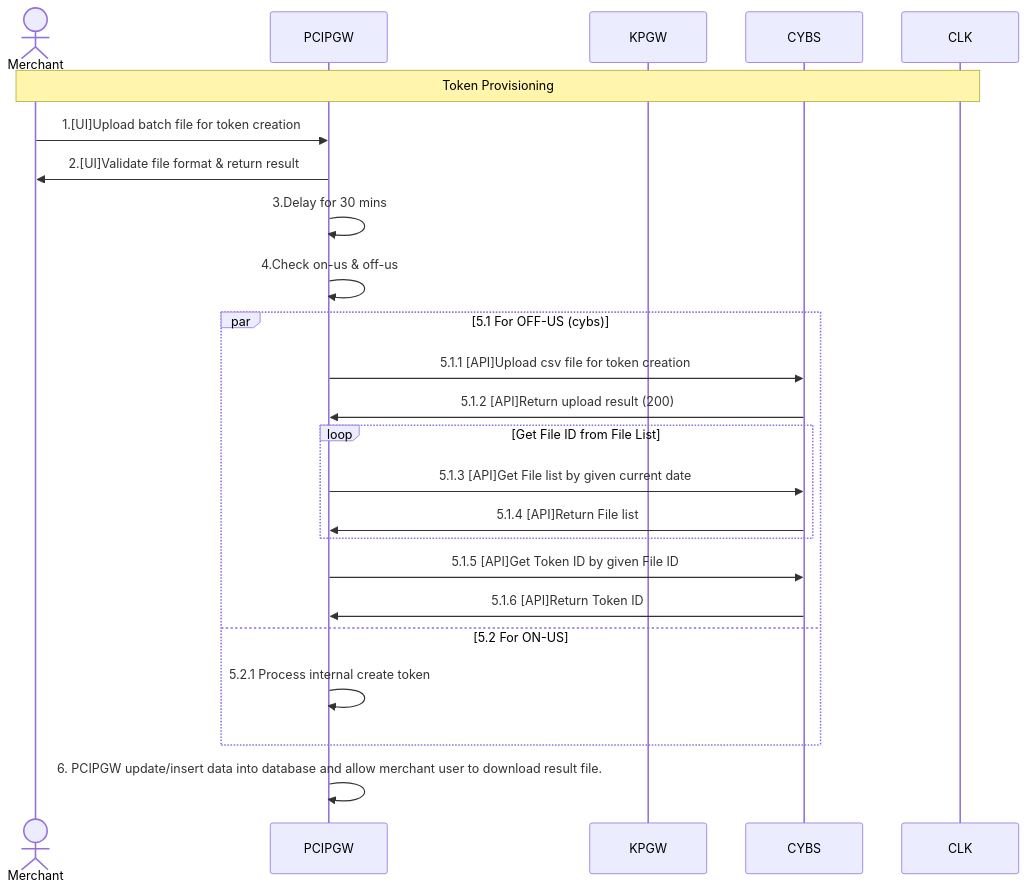
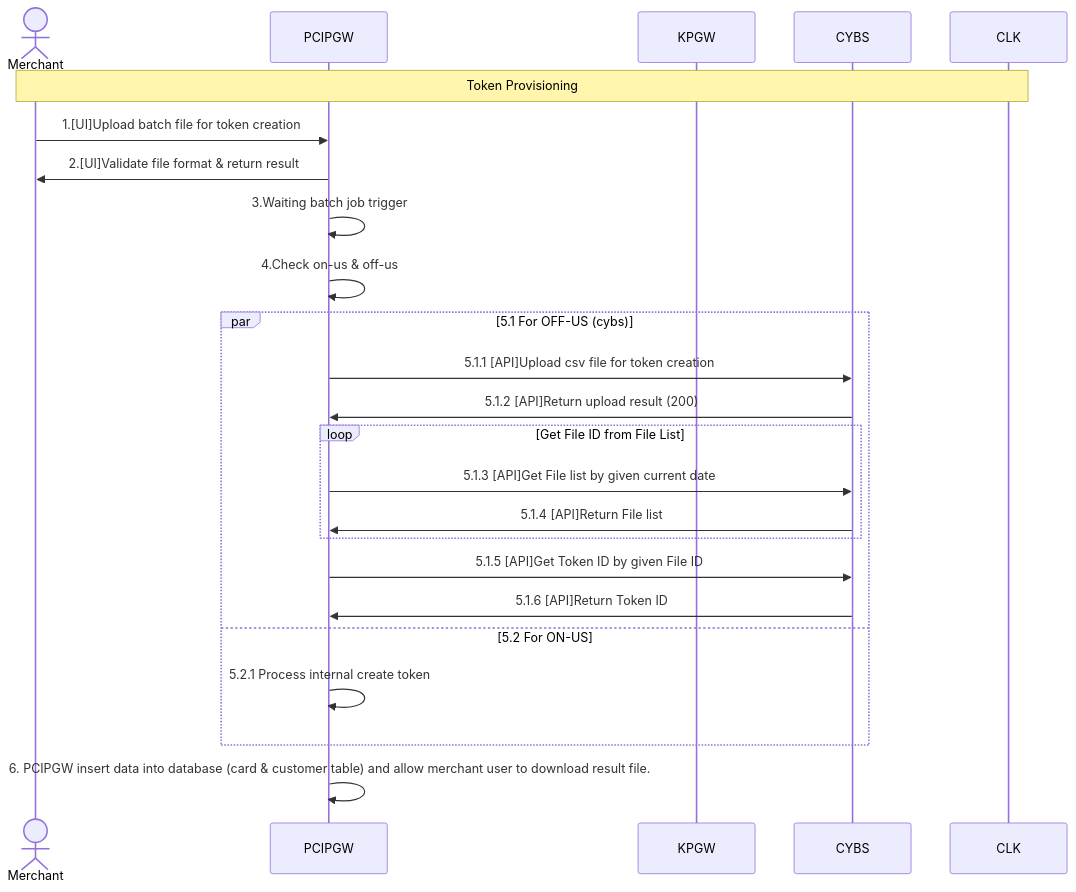
Before and after one commit to yuusuke25/MyNotes: the first of 3 diagrams in RecurringTokenFlow.md, drawn with Mermaid.

````diff
--- a/RecurringTokenFlow.md
+++ b/RecurringTokenFlow.md
@@ -2,26 +2,26 @@
 ```mermaid
     sequenceDiagram
         Actor Merchant
         participant PCIPGW
         participant KPGW
         participant CYBS
         participant CLK
         Note over Merchant,CLK: Token Provisioning
         Merchant->>PCIPGW: 1.[UI]Upload batch file for token creation
         PCIPGW->>Merchant: 2.[UI]Validate file format & return result
-        PCIPGW->>PCIPGW: 3.Delay for 30 mins 
+        PCIPGW->>PCIPGW: 3.Waiting batch job trigger
         PCIPGW->>PCIPGW: 4.Check on-us & off-us
         par 5.1 For OFF-US (cybs)
           PCIPGW->>CYBS: 5.1.1 [API]Upload csv file for token creation
           CYBS->>PCIPGW: 5.1.2 [API]Return upload result (200)
           Loop Get File ID from File List
               PCIPGW->>CYBS: 5.1.3 [API]Get File list by given current date
               CYBS->>PCIPGW: 5.1.4 [API]Return File list
           end
           PCIPGW->>CYBS: 5.1.5 [API]Get Token ID by given File ID
           CYBS->>PCIPGW: 5.1.6 [API]Return Token ID
         and 5.2 For ON-US
           PCIPGW->>PCIPGW: 5.2.1 Process internal create token
         end
-        PCIPGW->>PCIPGW: 6. PCIPGW update/insert data into database and allow merchant user to download result file.
+        PCIPGW->>PCIPGW: 6. PCIPGW insert data into database (card & customer table) and allow merchant user to download result file.
 ```
````
